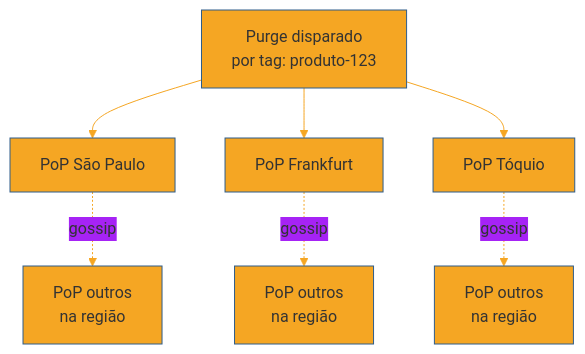
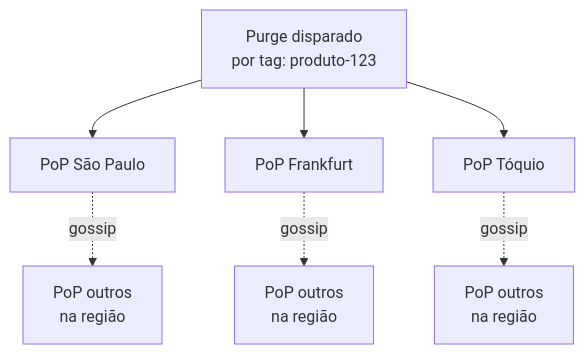
Before and after one commit to josenaldo/codex-technomanticus: the third of 4 diagrams in 03-Dominios/Engenharia/Arquitetura/System Design/2 - Building blocks/07 - CDN e entrega na borda.md, drawn with Mermaid. The commit also changed other lines of this file and 1181 other files, not shown here.

First line of the commit message:
fix(diagramas): paleta do sistema no lugar de cor cravada no markdown

````diff
--- a/03-Dominios/Engenharia/Arquitetura/System Design/2 - Building blocks/07 - CDN e entrega na borda.md
+++ b/03-Dominios/Engenharia/Arquitetura/System Design/2 - Building blocks/07 - CDN e entrega na borda.md
@@ -167,10 +165,9 @@
 ```mermaid
-%%{init: {"theme": "base", "themeVariables": {"primaryColor": "#F5A623", "primaryBorderColor": "#2E5C8A", "lineColor": "#F5A623"}}}%%
 graph TD
     P["Purge disparado<br/>por tag: produto-123"] --> A["PoP São Paulo"]
     P --> B["PoP Frankfurt"]
     P --> C["PoP Tóquio"]
     A -.->|"gossip"| D["PoP outros<br/>na região"]
     B -.->|"gossip"| E["PoP outros<br/>na região"]
     C -.->|"gossip"| F["PoP outros<br/>na região"]
 ```
````
